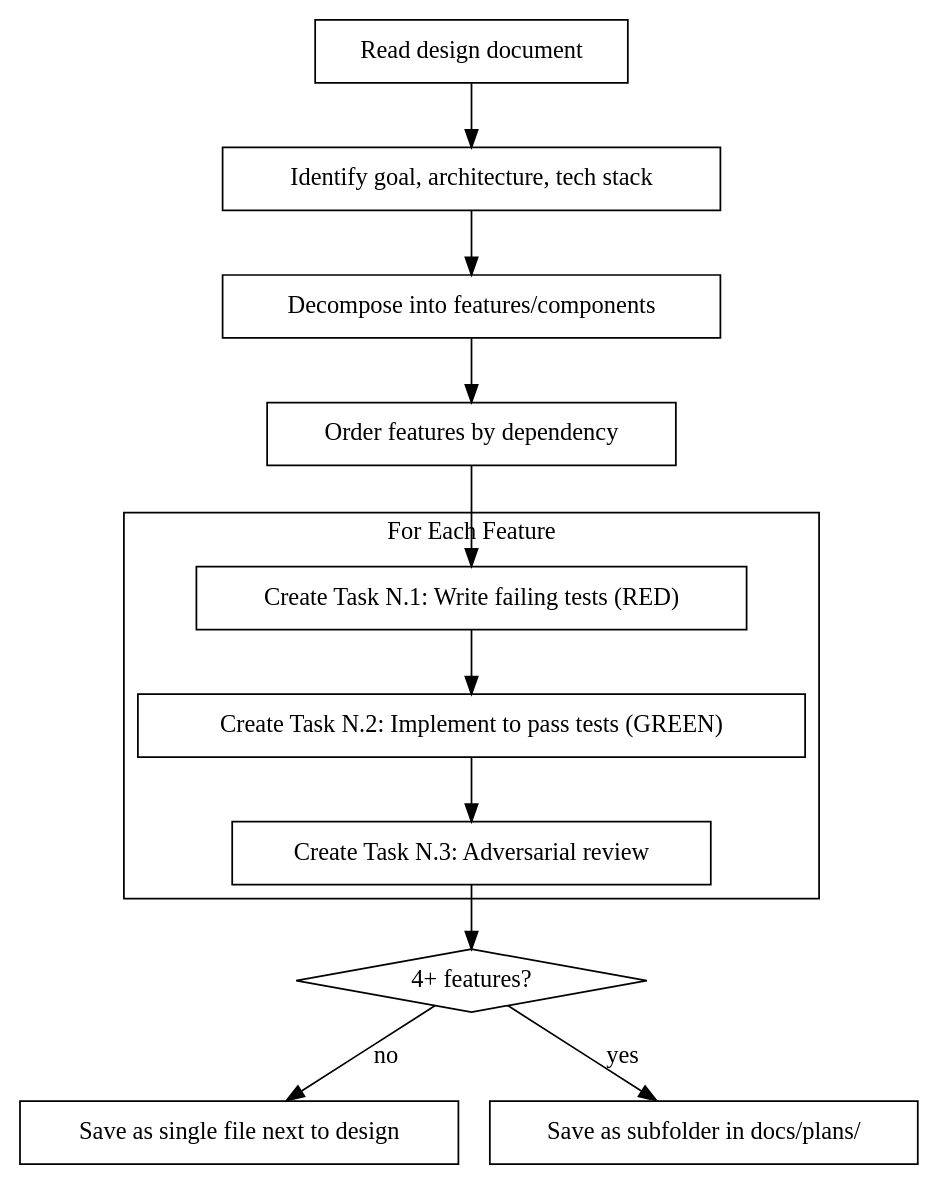
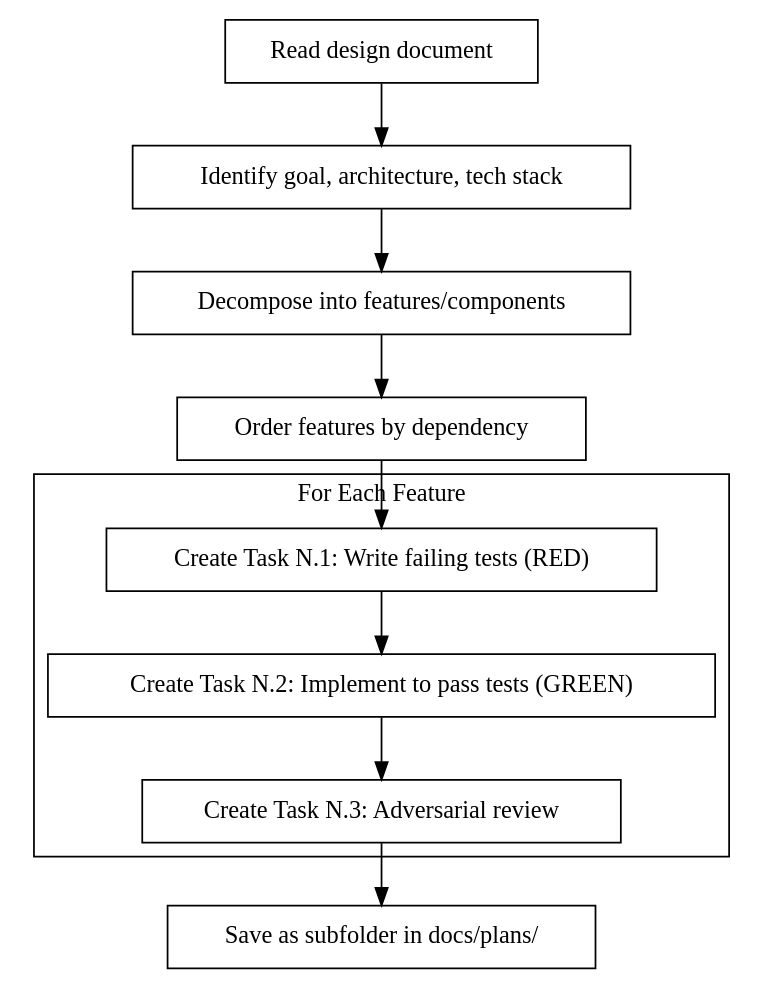
One commit to Dethon/ai-dev-flow changed the second of 2 diagrams in skills/writing-tdd-plans/SKILL.md. Above: the diagram before and after it, drawn with Graphviz. The commit also changed 3 other files, not shown here.

````diff
--- a/skills/writing-tdd-plans/SKILL.md
+++ b/skills/writing-tdd-plans/SKILL.md
@@ -33,31 +33,27 @@
 ```dot
 digraph process {
     rankdir=TB;
 
     "Read design document" [shape=box];
     "Identify goal, architecture, tech stack" [shape=box];
     "Decompose into features/components" [shape=box];
     "Order features by dependency" [shape=box];
 
     subgraph cluster_per_feature {
         label="For Each Feature";
         "Create Task N.1: Write failing tests (RED)" [shape=box];
         "Create Task N.2: Implement to pass tests (GREEN)" [shape=box];
         "Create Task N.3: Adversarial review" [shape=box];
     }
 
-    "4+ features?" [shape=diamond];
-    "Save as single file next to design" [shape=box];
     "Save as subfolder in docs/plans/" [shape=box];
 
     "Read design document" -> "Identify goal, architecture, tech stack";
     "Identify goal, architecture, tech stack" -> "Decompose into features/components";
     "Decompose into features/components" -> "Order features by dependency";
     "Order features by dependency" -> "Create Task N.1: Write failing tests (RED)";
     "Create Task N.1: Write failing tests (RED)" -> "Create Task N.2: Implement to pass tests (GREEN)";
     "Create Task N.2: Implement to pass tests (GREEN)" -> "Create Task N.3: Adversarial review";
-    "Create Task N.3: Adversarial review" -> "4+ features?";
-    "4+ features?" -> "Save as subfolder in docs/plans/" [label="yes"];
-    "4+ features?" -> "Save as single file next to design" [label="no"];
+    "Create Task N.3: Adversarial review" -> "Save as subfolder in docs/plans/";
 }
 ```
````
